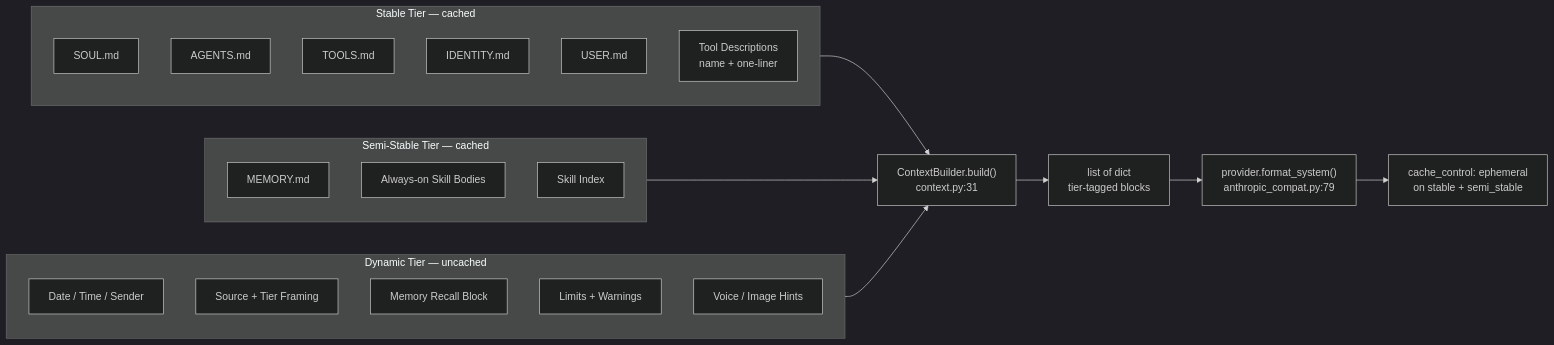
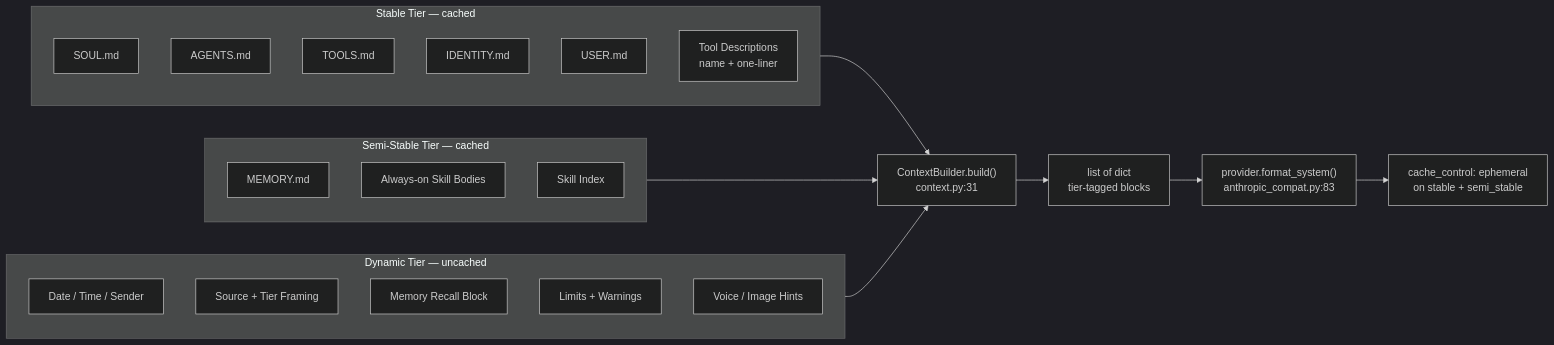
The third of 8 diagrams in docs/diagrams.md (nicolasforstinger/lucyd), drawn with Mermaid (dark theme) before and after one commit. The commit also changed other lines of this file and 24 other files, not shown here.

````diff
--- a/docs/diagrams.md
+++ b/docs/diagrams.md
@@ -92,35 +92,35 @@
 ```mermaid
 flowchart LR
     subgraph Stable["Stable Tier — cached"]
         SOUL["SOUL.md"]
         AGENTS["AGENTS.md"]
         TOOLS_MD["TOOLS.md"]
         IDENTITY["IDENTITY.md"]
         USER_MD["USER.md"]
         TOOL_DESC["Tool Descriptions<br/>name + one-liner"]
     end
 
     subgraph Semi["Semi-Stable Tier — cached"]
         MEMORY_MD["MEMORY.md"]
         SKILLS["Always-on Skill Bodies"]
         SKILL_IDX["Skill Index"]
     end
 
     subgraph Dynamic["Dynamic Tier — uncached"]
         TIME["Date / Time / Sender"]
         SOURCE["Source + Tier Framing"]
         RECALL["Memory Recall Block"]
         LIMITS["Limits + Warnings"]
         VOICE["Voice / Image Hints"]
     end
 
     BUILD["ContextBuilder.build()<br/>context.py:31"]
     BLOCKS["list of dict<br/>tier-tagged blocks"]
-    FORMAT["provider.format_system()<br/>anthropic_compat.py:79"]
+    FORMAT["provider.format_system()<br/>anthropic_compat.py:83"]
     CACHED["cache_control: ephemeral<br/>on stable + semi_stable"]
 
     Stable --> BUILD
     Semi --> BUILD
     Dynamic --> BUILD
     BUILD --> BLOCKS --> FORMAT --> CACHED
 ```
````
